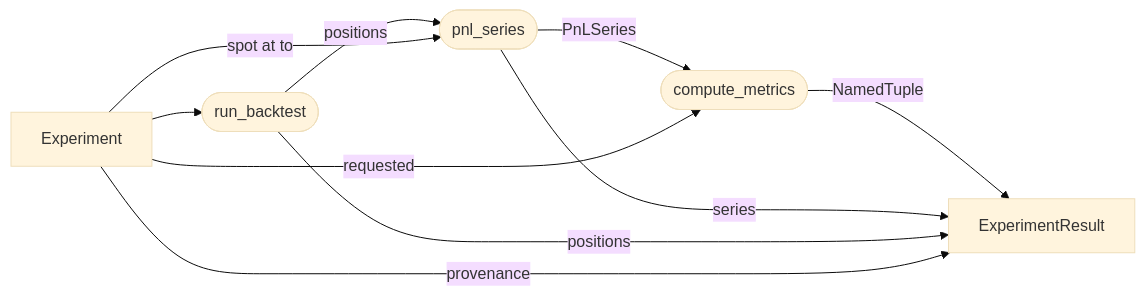
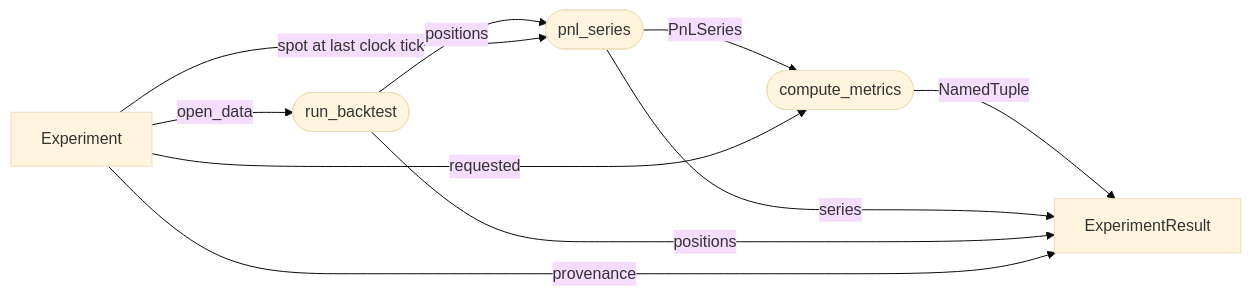
Before and after one commit to aleCombi/VolSurfaceAnalysis.jl: the diagram in docs/modules/experiment.md, drawn with Mermaid (base theme). The commit also changed other lines of this file and 22 other files, not shown here.

First line of the commit message:
Consumers on MarketData + Clock: engine, policies, agents, experiment, identity, store (step 2.1)

````diff
--- a/docs/modules/experiment.md
+++ b/docs/modules/experiment.md
@@ -12,12 +12,12 @@
 ```mermaid
 flowchart LR
-    Exp[Experiment] --> RB([run_backtest])
+    Exp[Experiment] -->|open_data| RB([run_backtest])
     RB -->|positions| PS([pnl_series])
-    Exp -->|spot at to| PS
+    Exp -->|spot at last clock tick| PS
     PS -->|PnLSeries| CM([compute_metrics])
     Exp -->|requested| CM
     CM -->|NamedTuple| ER[ExperimentResult]
     PS -->|series| ER
     RB -->|positions| ER
     Exp -->|provenance| ER
 ```
````
